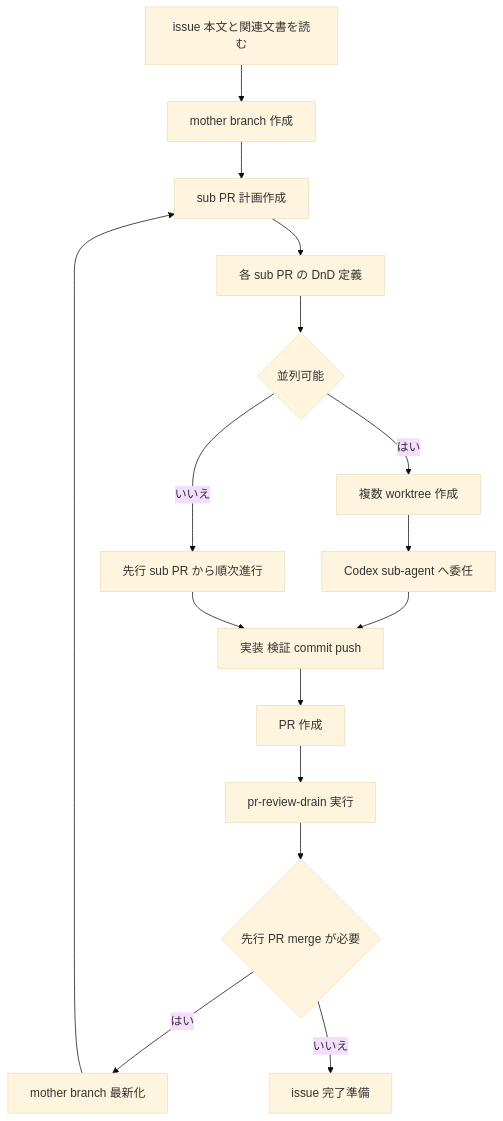
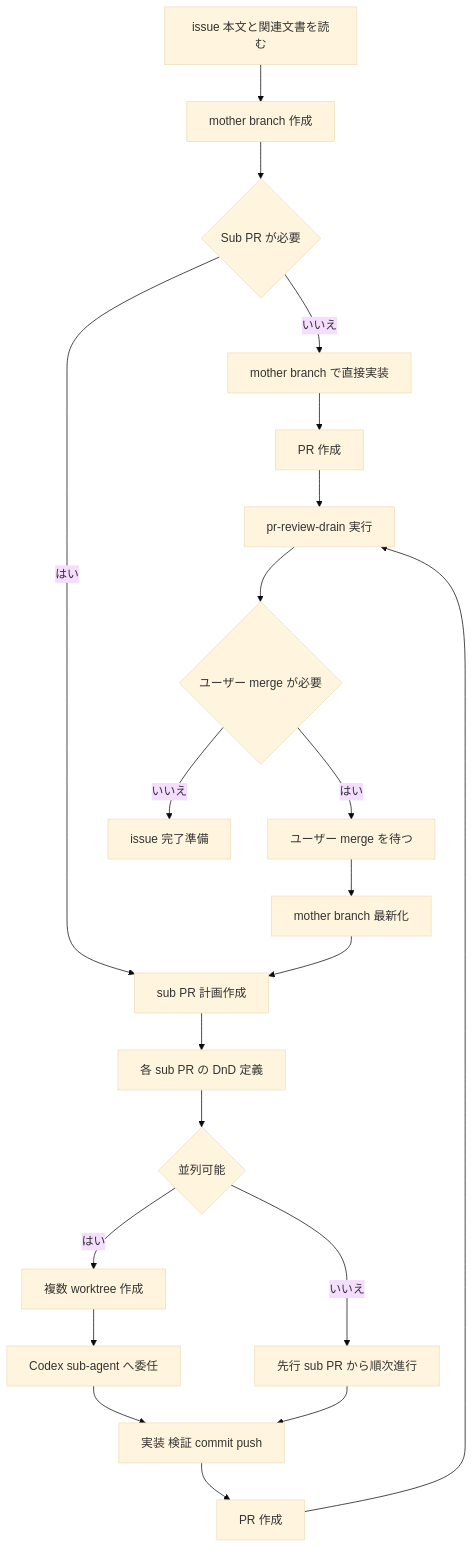
The seventh of 11 diagrams in README.ja.md (limcpf/octosmith), drawn with Mermaid (base theme) before and after one commit. The commit also changed other lines of this file and 6 other files, not shown here.

Commit message:
chore: refine codex review skills

````diff
--- a/README.ja.md
+++ b/README.ja.md
@@ -193,18 +193,23 @@
 ```mermaid
 flowchart TD
   A[issue 本文と関連文書を読む] --> B[mother branch 作成]
-  B --> C[sub PR 計画作成]
-  C --> D[各 sub PR の DnD 定義]
-  D --> E{並列可能}
-  E -->|はい| F[複数 worktree 作成]
-  F --> G[Codex sub-agent へ委任]
-  E -->|いいえ| H[先行 sub PR から順次進行]
-  G --> I[実装 検証 commit push]
-  H --> I
-  I --> J[PR 作成]
-  J --> K[pr-review-drain 実行]
-  K --> L{先行 PR merge が必要}
-  L -->|はい| M[mother branch 最新化]
-  M --> C
-  L -->|いいえ| N[issue 完了準備]
+  B --> C{Sub PR が必要}
+  C -->|いいえ| D[mother branch で直接実装]
+  D --> E[PR 作成]
+  C -->|はい| F[sub PR 計画作成]
+  F --> G[各 sub PR の DnD 定義]
+  G --> H{並列可能}
+  H -->|はい| I[複数 worktree 作成]
+  I --> J[Codex sub-agent へ委任]
+  H -->|いいえ| K[先行 sub PR から順次進行]
+  J --> L[実装 検証 commit push]
+  K --> L
+  L --> M[PR 作成]
+  E --> N[pr-review-drain 実行]
+  M --> N
+  N --> O{ユーザー merge が必要}
+  O -->|はい| P[ユーザー merge を待つ]
+  P --> Q[mother branch 最新化]
+  Q --> F
+  O -->|いいえ| R[issue 完了準備]
 ```
````
